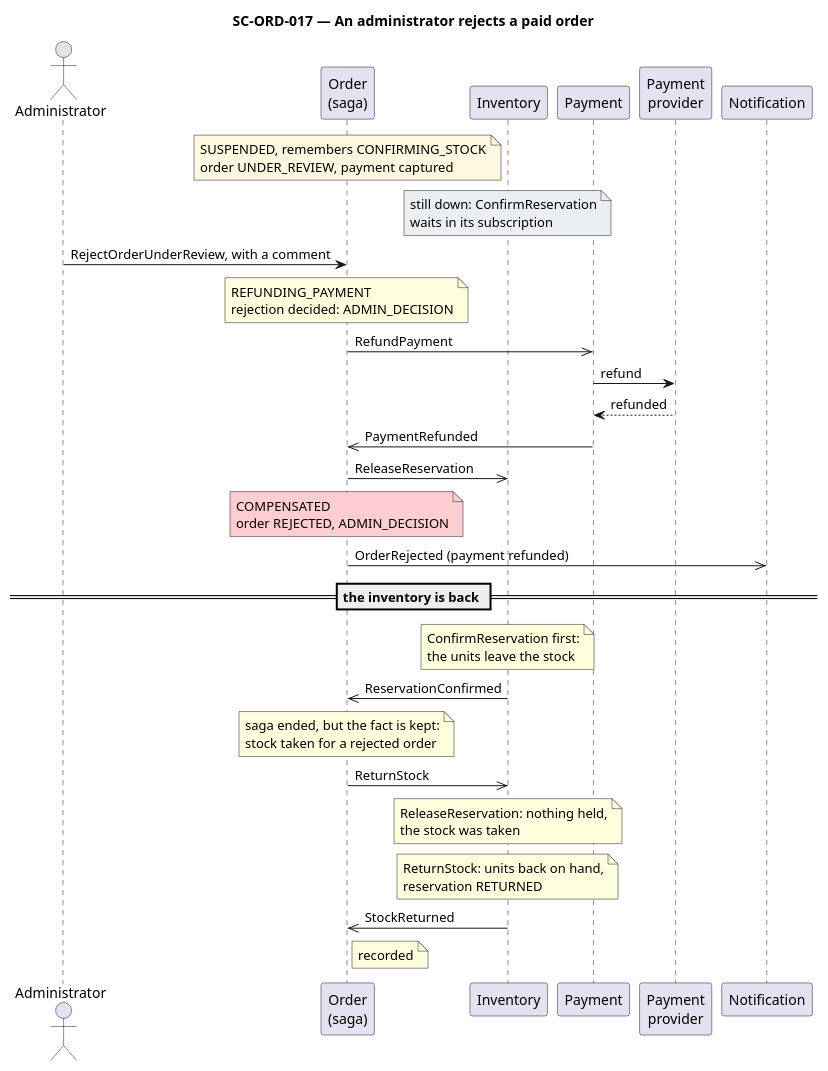
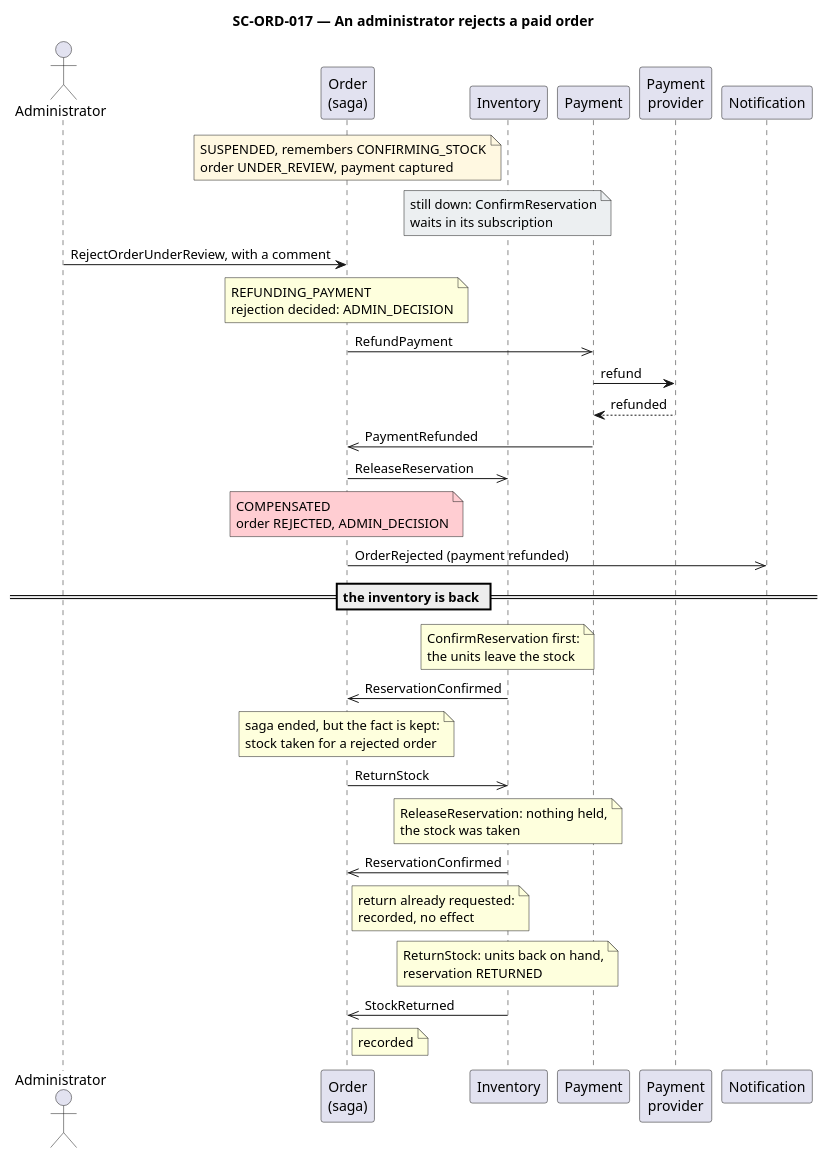
Before and after one commit to AxeloLabs/alten-commerce-platform: the diagram in doc/2-spec/03-event-driven-architecture/diagrams/sc-ord-017.puml, drawn with PlantUML. The commit also changed 15 other files, not shown here.

```diff
--- a/doc/2-spec/03-event-driven-architecture/diagrams/sc-ord-017.puml
+++ b/doc/2-spec/03-event-driven-architecture/diagrams/sc-ord-017.puml
@@ -1,30 +1,32 @@
 @startuml
 title SC-ORD-017 — An administrator rejects a paid order
 actor Administrator as A
 participant "Order\n(saga)" as O
 participant "Inventory" as I
 participant "Payment" as P
 participant "Payment\nprovider" as PSP
 participant "Notification" as N
 
 note over O #FFF8E1 : SUSPENDED, remembers CONFIRMING_STOCK\norder UNDER_REVIEW, payment captured
 note over I #ECEFF1 : still down: ConfirmReservation\nwaits in its subscription
 A -> O : RejectOrderUnderReview, with a comment
 note over O : REFUNDING_PAYMENT\nrejection decided: ADMIN_DECISION
 O ->> P : RefundPayment
 P -> PSP : refund
 PSP --> P : refunded
 P ->> O : PaymentRefunded
 O ->> I : ReleaseReservation
 note over O #FFCDD2 : COMPENSATED\norder REJECTED, ADMIN_DECISION
 O ->> N : OrderRejected (payment refunded)
 == the inventory is back ==
 note over I : ConfirmReservation first:\nthe units leave the stock
 I ->> O : ReservationConfirmed
 note over O : saga ended, but the fact is kept:\nstock taken for a rejected order
 O ->> I : ReturnStock
 note over I : ReleaseReservation: nothing held,\nthe stock was taken
+I ->> O : ReservationConfirmed
+note right of O : return already requested:\nrecorded, no effect
 note over I : ReturnStock: units back on hand,\nreservation RETURNED
 I ->> O : StockReturned
 note right of O : recorded
 @enduml
```
